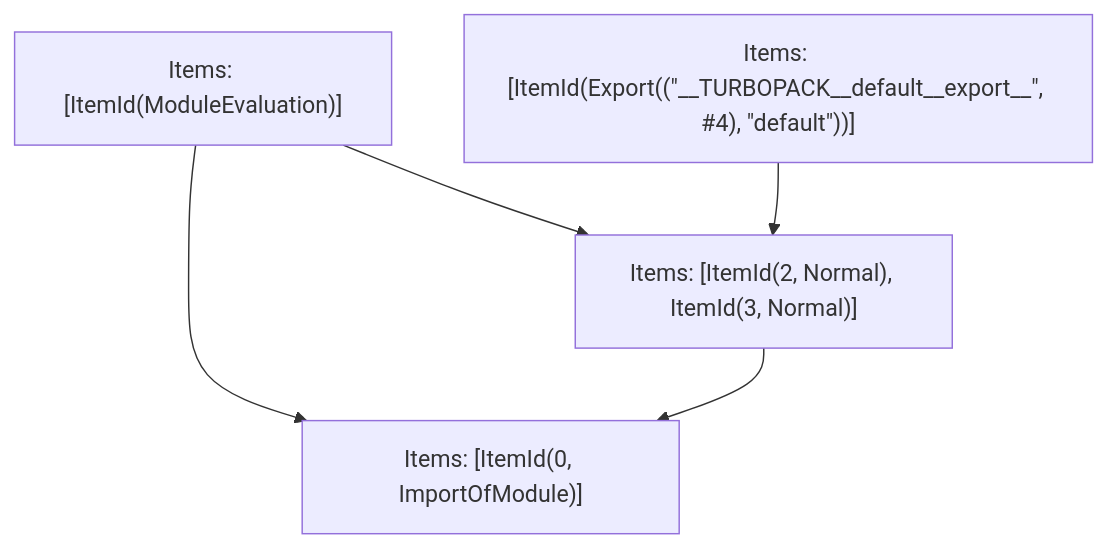
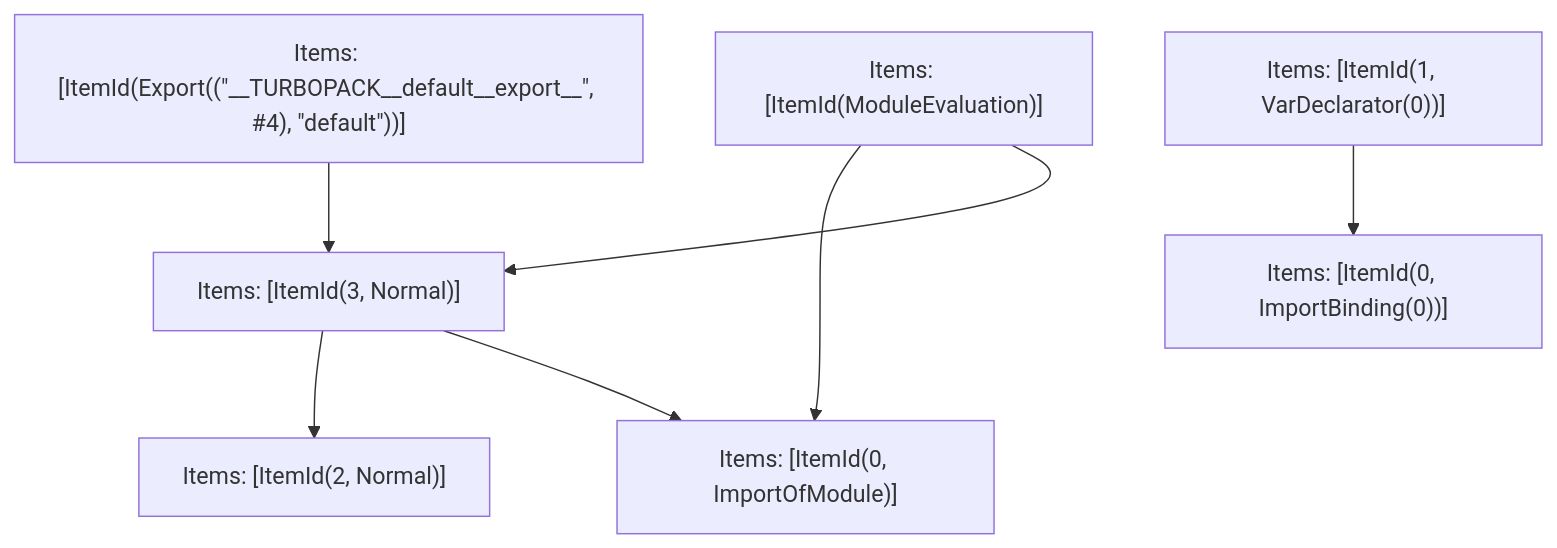
One commit to vercel/turborepo changed the fifth of 5 diagrams in crates/turbopack-ecmascript/tests/tree-shaker/analyzer/node-fetch/output.md. Above: the diagram before and after it, drawn with Mermaid. The commit also changed other lines of this file and 72 other files, not shown here.

````diff
--- a/crates/turbopack-ecmascript/tests/tree-shaker/analyzer/node-fetch/output.md
+++ b/crates/turbopack-ecmascript/tests/tree-shaker/analyzer/node-fetch/output.md
@@ -126,11 +126,16 @@
 ```mermaid
 graph TD
-    N0["Items: [ItemId(ModuleEvaluation)]"];
-    N1["Items: [ItemId(Export((&quot;__TURBOPACK__default__export__&quot;, #4), &quot;default&quot;))]"];
-    N2["Items: [ItemId(0, ImportOfModule)]"];
-    N3["Items: [ItemId(2, Normal), ItemId(3, Normal)]"];
-    N0 --> N2;
-    N0 --> N3;
-    N1 --> N3;
+    N0["Items: [ItemId(0, ImportOfModule)]"];
+    N1["Items: [ItemId(2, Normal)]"];
+    N2["Items: [ItemId(3, Normal)]"];
+    N3["Items: [ItemId(ModuleEvaluation)]"];
+    N4["Items: [ItemId(Export((&quot;__TURBOPACK__default__export__&quot;, #4), &quot;default&quot;))]"];
+    N5["Items: [ItemId(0, ImportBinding(0))]"];
+    N6["Items: [ItemId(1, VarDeclarator(0))]"];
+    N6 --> N5;
+    N2 --> N1;
+    N2 --> N0;
+    N4 --> N2;
+    N3 --> N0;
     N3 --> N2;
 ```
````
